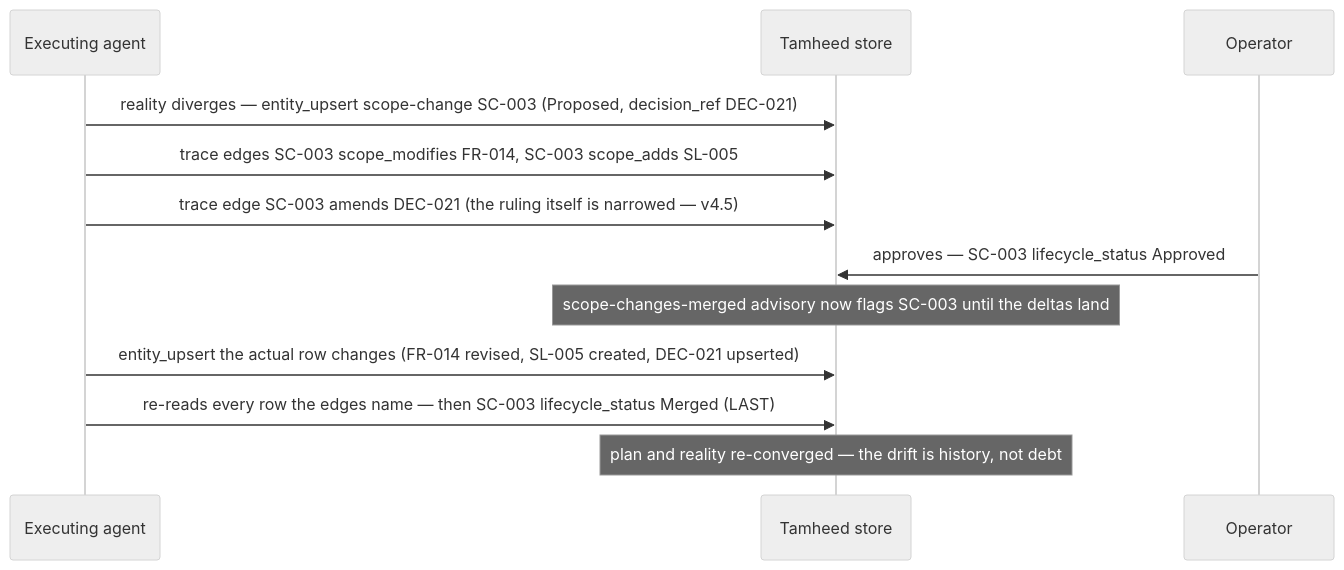
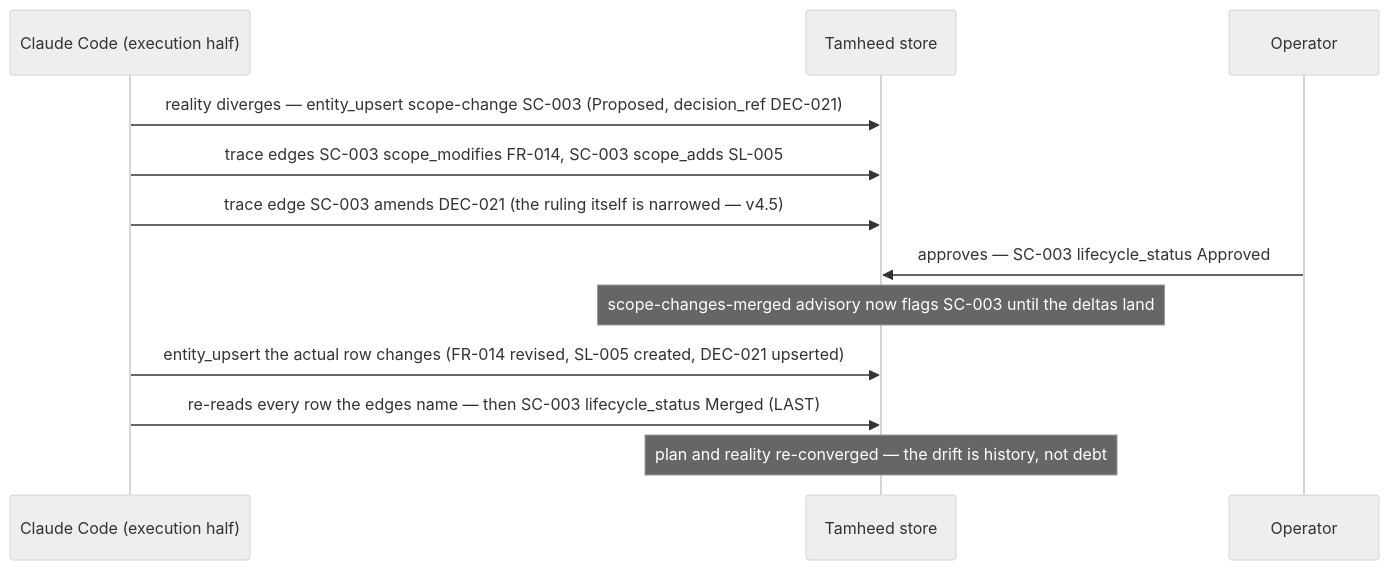
One commit to A-H-911/tamheed changed the sixth of 10 diagrams in docs/entities.md. Above: the diagram before and after it, drawn with Mermaid (neutral theme). The commit also changed other lines of this file and 25 other files, not shown here.

````diff
--- a/docs/entities.md
+++ b/docs/entities.md
@@ -932,14 +932,14 @@
 ```mermaid
 sequenceDiagram
-    participant Agent as Executing agent
+    participant Agent as Claude Code (execution half)
     participant Store as Tamheed store
     participant Op as Operator
     Agent->>Store: reality diverges — entity_upsert scope-change SC-003 (Proposed, decision_ref DEC-021)
     Agent->>Store: trace edges SC-003 scope_modifies FR-014, SC-003 scope_adds SL-005
     Agent->>Store: trace edge SC-003 amends DEC-021 (the ruling itself is narrowed — v4.5)
     Op->>Store: approves — SC-003 lifecycle_status Approved
     Note over Store: scope-changes-merged advisory now flags SC-003 until the deltas land
     Agent->>Store: entity_upsert the actual row changes (FR-014 revised, SL-005 created, DEC-021 upserted)
     Agent->>Store: re-reads every row the edges name — then SC-003 lifecycle_status Merged (LAST)
     Note over Store: plan and reality re-converged — the drift is history, not debt
 ```
````
